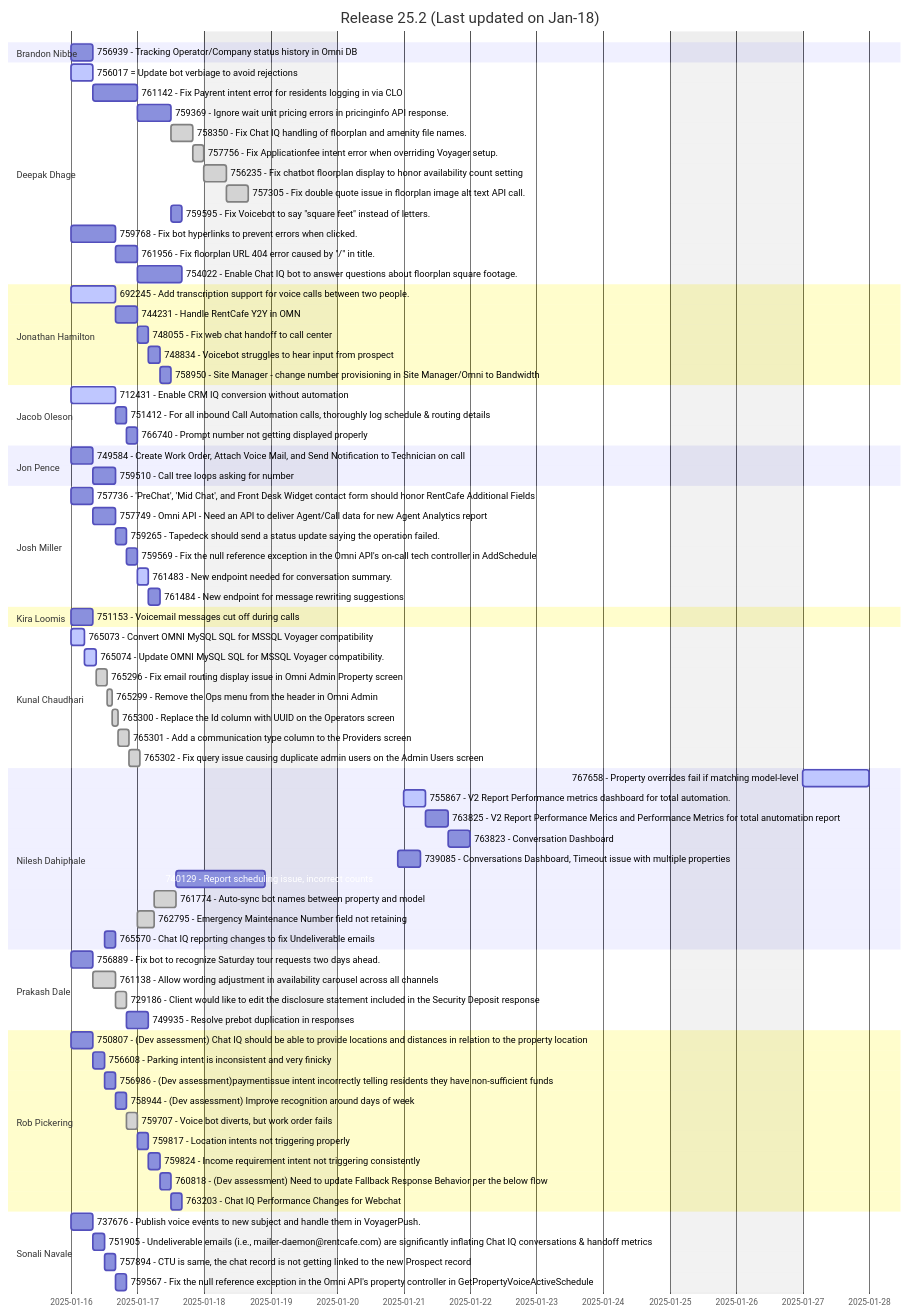
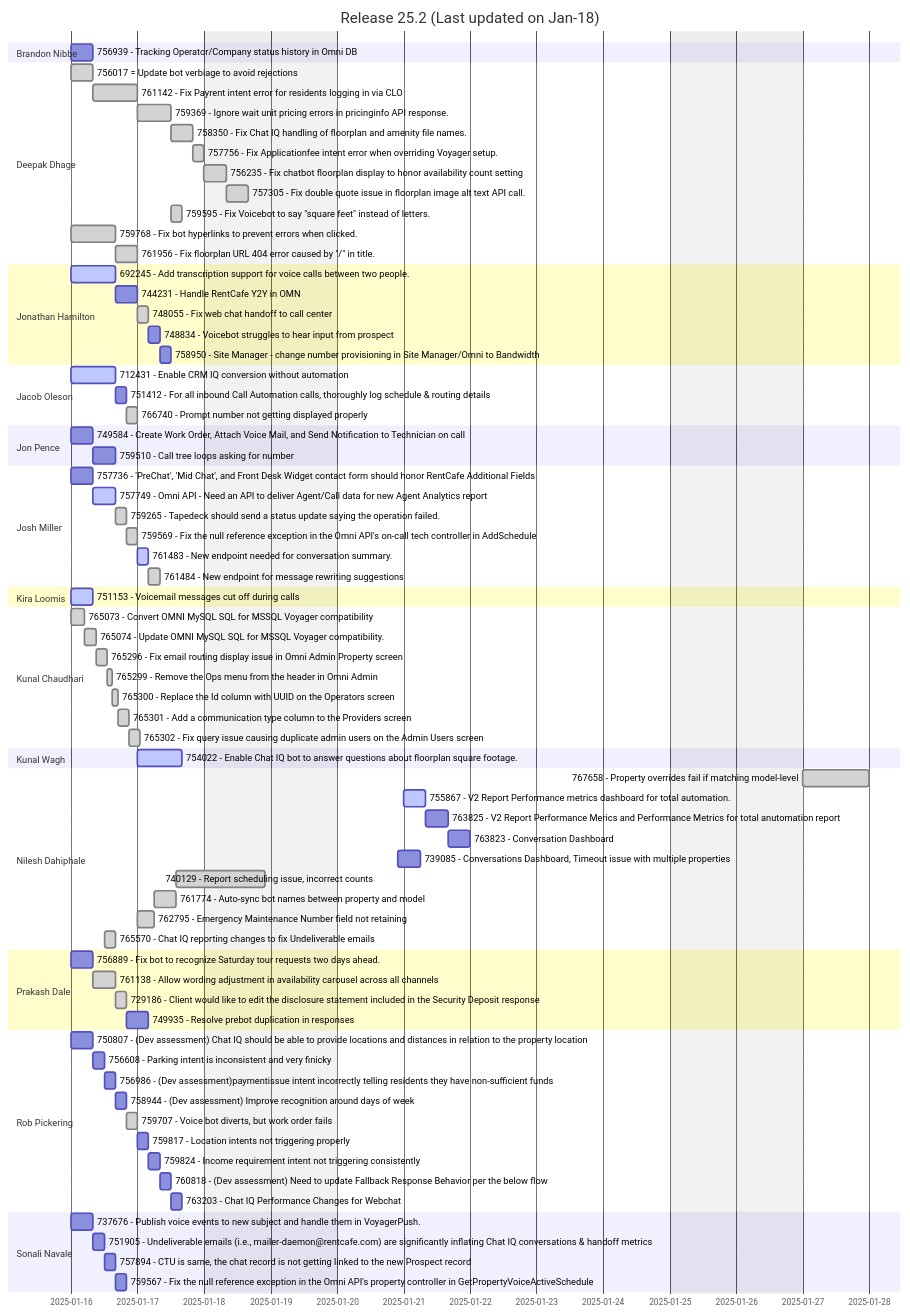
Before and after one commit to prakash-dale/prakash-dale.github.io: the first of 2 diagrams in README.md, drawn with Mermaid.

```diff
--- a/README.md
+++ b/README.md
@@ -13,29 +13,28 @@
         756939 - Tracking Operator/Company status history in Omni DB: 756939, Jan-16, 8h
 
     section Deepak Dhage
-        756017 = Update bot verbiage to avoid rejections: active, 756017, Jan-16, 8h
-        761142 - Fix Payrent intent error for residents logging in via CLO      : 761142, after 756017, 16h
-        759369 - Ignore wait unit pricing errors in pricinginfo API response.   : 759369, after 761142, 12h
+        756017 = Update bot verbiage to avoid rejections: done, 756017, Jan-16, 8h
+        761142 - Fix Payrent intent error for residents logging in via CLO      : done, 761142, after 756017, 16h
+        759369 - Ignore wait unit pricing errors in pricinginfo API response.   : done, 759369, after 761142, 12h
         758350 - Fix Chat IQ handling of floorplan and amenity file names.      : done, 758350, after 759369, 8h
         757756 - Fix Applicationfee intent error when overriding Voyager setup. : done, 757756, after 758350, 4h
         756235 - Fix chatbot floorplan display to honor availability count setting: done, 756235, after 757756, 8h
         757305 - Fix double quote issue in floorplan image alt text API call.   : done, 757305, after 756235, 8h
-        759595 - Fix Voicebot to say "square feet" instead of letters.          : 759595, after 759369, 4h
-        759768 - Fix bot hyperlinks to prevent errors when clicked.             : 759768, Jan-16, 16h
-        761956 - Fix floorplan URL 404 error caused by "/" in title.            : 761956, after 759768, 8h
-        754022 - Enable Chat IQ bot to answer questions about floorplan square footage.: 754022, after 761956, 16h
-
+        759595 - Fix Voicebot to say "square feet" instead of letters.          : done, 759595, after 759369, 4h
+        759768 - Fix bot hyperlinks to prevent errors when clicked.             : done, 759768, Jan-16, 16h
+        761956 - Fix floorplan URL 404 error caused by "/" in title.            : done, 761956, after 759768, 8h
+        
     section Jonathan Hamilton
         692245 - Add transcription support for voice calls between two people.: active, 692245, Jan-16, 16h
         744231 - Handle RentCafe Y2Y in OMN: 744231, after 692245, 8h
-        748055 - Fix web chat handoff to call center: 748055, after 744231, 4h
+        748055 - Fix web chat handoff to call center: done, 748055, after 744231, 4h
         748834 - Voicebot struggles to hear input from prospect : 748834, after 748055, 4h
         758950 - Site Manager - change number provisioning in Site Manager/Omni to Bandwidth: 758950, after 748834, 4h
 
     section Jacob Oleson
         712431 - Enable CRM IQ conversion without automation : active, 712431, Jan-16, 16h
         751412 - For all inbound Call Automation calls, thoroughly log schedule & routing details : 751412, after 712431, 4h
-        766740 - Prompt number not getting displayed properly : 766740, after 751412, 4h
+        766740 - Prompt number not getting displayed properly : done, 766740, after 751412, 4h
 
     section Jon Pence
         749584 - Create Work Order, Attach Voice Mail, and Send Notification to Technician on call: 749584, Jan-16, 8h
@@ -43,34 +42,38 @@
 
     section Josh Miller
         757736 - 'PreChat', 'Mid Chat', and Front Desk Widget contact form should honor RentCafe Additional Fields: 757736, Jan-16, 8h
-        757749 - Omni API - Need an API to deliver Agent/Call data for new Agent Analytics report: 757749, after 757736, 8h
-        759265 - Tapedeck should send a status update saying the operation failed.: 759265, after 757749, 4h
-        759569 - Fix the null reference exception in the Omni API's on-call tech controller in AddSchedule: 759569, after 759265, 4h
+        757749 - Omni API - Need an API to deliver Agent/Call data for new Agent Analytics report: active, 757749, after 757736, 8h
+        759265 - Tapedeck should send a status update saying the operation failed.: done, 759265, after 757749, 4h
+        759569 - Fix the null reference exception in the Omni API's on-call tech controller in AddSchedule: done, 759569, after 759265, 4h
         761483 - New endpoint needed for conversation summary.: active, 761483, after 759569, 4h
-        761484 - New endpoint for message rewriting suggestions: 761484, after 761483, 4h
+        761484 - New endpoint for message rewriting suggestions: done, 761484, after 761483, 4h
 
     section Kira Loomis
-        751153 - Voicemail messages cut off during calls : 751153, Jan-16, 8h
+        751153 - Voicemail messages cut off during calls : active, 751153, Jan-16, 8h
 
     section Kunal Chaudhari
-        765073 - Convert OMNI MySQL SQL for MSSQL Voyager compatibility         : active, 765073, Jan-16, 5h
-        765074 - Update OMNI MySQL SQL for MSSQL Voyager compatibility.         : active, 765074, after 765073, 4h
+        765073 - Convert OMNI MySQL SQL for MSSQL Voyager compatibility         : done, 765073, Jan-16, 5h
+        765074 - Update OMNI MySQL SQL for MSSQL Voyager compatibility.         : done, 765074, after 765073, 4h
         765296 - Fix email routing display issue in Omni Admin Property screen  : done, 765296, after 765074, 4h
         765299 - Remove the Ops menu from the header in Omni Admin             : done, 765299, after 765296, 2h
         765300 - Replace the Id column with UUID on the Operators screen       : done, 765300, after 765299, 2h
         765301 - Add a communication type column to the Providers screen        : done, 765301, after 765300, 4h
         765302 - Fix query issue causing duplicate admin users on the Admin Users screen: done, 765302, after 765301, 4h
+    
+    section Kunal Wagh
+        754022 - Enable Chat IQ bot to answer questions about floorplan square footage.: active, 754022, after 761956, 16h
+
 
     section Nilesh Dahiphale
-        767658 - Property overrides fail if matching model-level: active, 767658, Jan-27, 24h
+        767658 - Property overrides fail if matching model-level: done, 767658, Jan-27, 24h
         755867 - V2 Report Performance metrics dashboard for total automation.: active, 755867, Jan-21, 8h
         763825 - V2 Report  Performance Merics and Performance Metrics for total anutomation report: 763825, after 755867, 8h
         763823 - Conversation Dashboard: 763823, after 763825, 8h
         739085 - Conversations Dashboard, Timeout issue with multiple properties: 739085, after 740129, 8h
-        740129 - Report scheduling issue, incorrect counts: 740129, after 761774, 32h
+        740129 - Report scheduling issue, incorrect counts: done, 740129, after 761774, 32h
         761774 - Auto-sync bot names between property and model: done, 761774, after 762795, 8h
         762795 - Emergency Maintenance Number field not retaining: done, 762795, Jan-17, 6h
-        765570 - Chat IQ reporting changes to fix Undeliverable emails: 765570, after 751905, 4h
+        765570 - Chat IQ reporting changes to fix Undeliverable emails: done, 765570, after 751905, 4h
 
     
     section Prakash Dale
```
